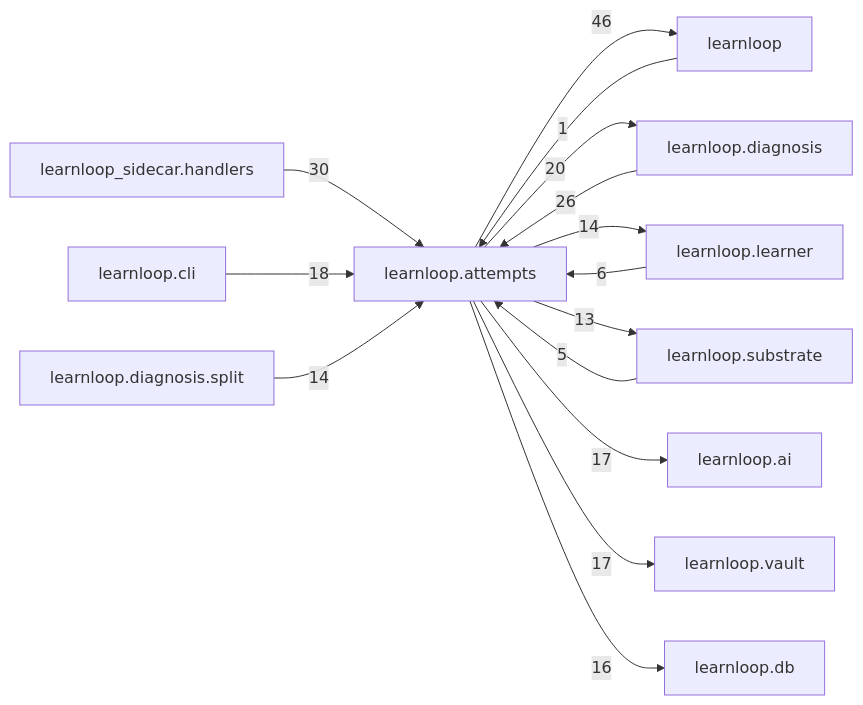
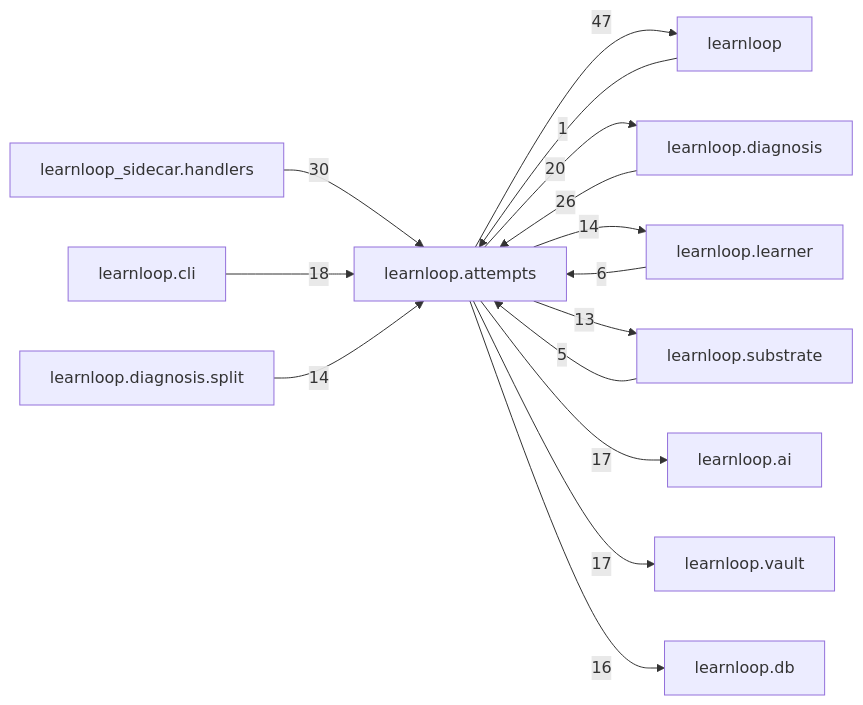
One commit to 6up-b/learnanything changed the diagram in docs/learnloop-architecture-vault/Reference/Modules/learnloop/attempts/_package.md. Above: the diagram before and after it, drawn with Mermaid. The commit also changed other lines of this file and 575 other files, not shown here.

First line of the commit message:
TE2 landing, references: the architecture reference regenerated on the merged tree (DB and configuration reference, head 248, 1180 effective leaves with the two prose counts; desktop and module catalogs; vault validated)

````diff
--- a/docs/learnloop-architecture-vault/Reference/Modules/learnloop/attempts/_package.md
+++ b/docs/learnloop-architecture-vault/Reference/Modules/learnloop/attempts/_package.md
@@ -169,28 +169,28 @@
 ```mermaid
 flowchart LR
     center["learnloop.attempts"]
     n_learnloop["learnloop"]
     n_learnloop_diagnosis["learnloop.diagnosis"]
     n_learnloop_sidecar_handlers["learnloop_sidecar.handlers"]
     n_learnloop_learner["learnloop.learner"]
     n_learnloop_cli["learnloop.cli"]
     n_learnloop_substrate["learnloop.substrate"]
     n_learnloop_ai["learnloop.ai"]
     n_learnloop_vault["learnloop.vault"]
     n_learnloop_db["learnloop.db"]
     n_learnloop_diagnosis_split["learnloop.diagnosis.split"]
     n_learnloop -->|1| center
-    center -->|46| n_learnloop
+    center -->|47| n_learnloop
     n_learnloop_diagnosis -->|26| center
     center -->|20| n_learnloop_diagnosis
     n_learnloop_sidecar_handlers -->|30| center
     n_learnloop_learner -->|6| center
     center -->|14| n_learnloop_learner
     n_learnloop_cli -->|18| center
     n_learnloop_substrate -->|5| center
     center -->|13| n_learnloop_substrate
     center -->|17| n_learnloop_ai
     center -->|17| n_learnloop_vault
     center -->|16| n_learnloop_db
     n_learnloop_diagnosis_split -->|14| center
 ```
````
